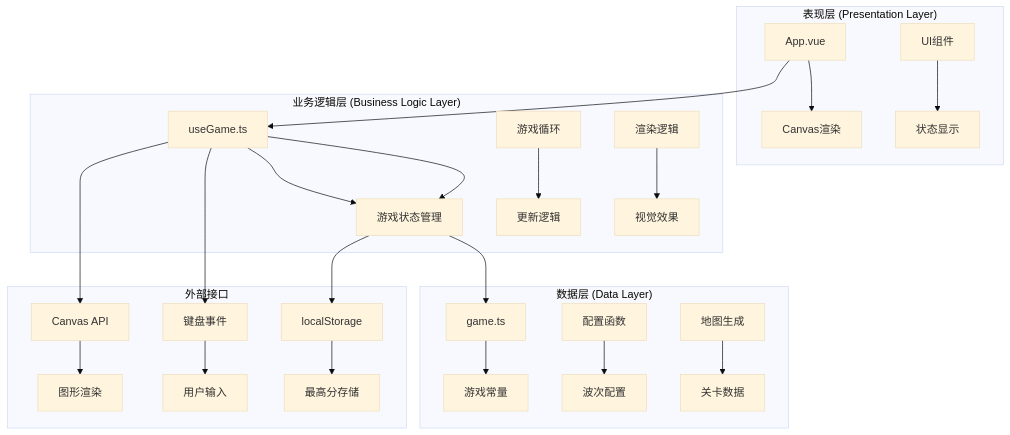
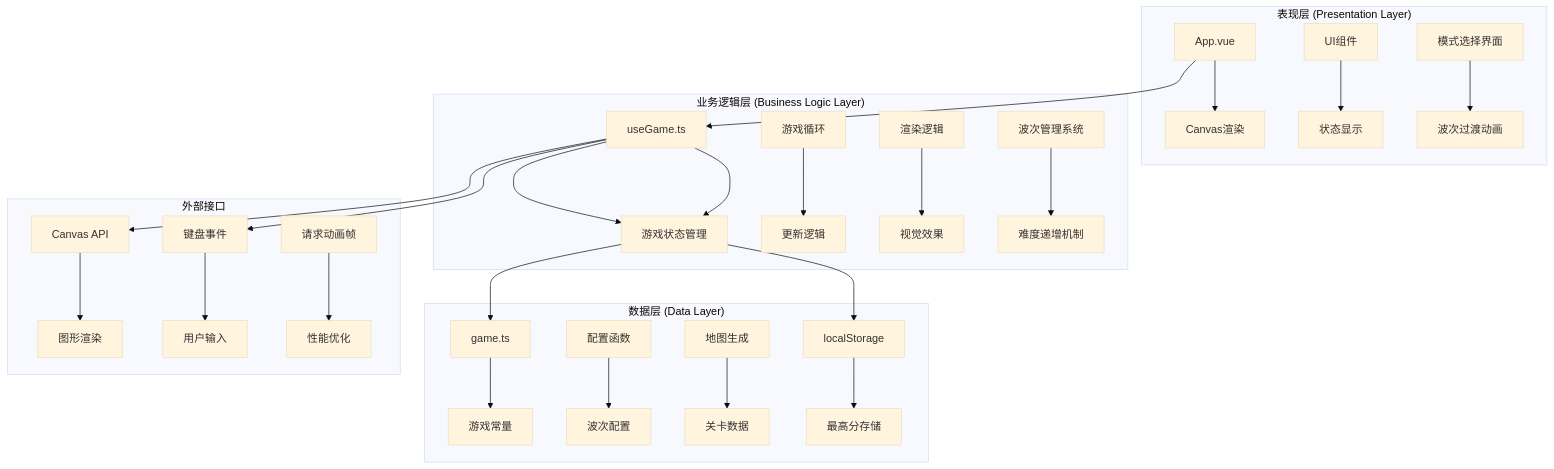
One commit to mrancc/reimagined-journey changed the third of 8 diagrams in .qoder/repowiki/zh/content/游戏机制/游戏模式系统.md. Above: the diagram before and after it, drawn with Mermaid (base theme). The commit also changed other lines of this file and 11 other files, not shown here.

````diff
--- a/.qoder/repowiki/zh/content/游戏机制/游戏模式系统.md
+++ b/.qoder/repowiki/zh/content/游戏机制/游戏模式系统.md
@@ -152,28 +156,31 @@
 ```mermaid
 graph TB
 subgraph "表现层 (Presentation Layer)"
 A[App.vue] --> B[Canvas渲染]
 C[UI组件] --> D[状态显示]
+E[模式选择界面] --> F[波次过渡动画]
 end
 subgraph "业务逻辑层 (Business Logic Layer)"
-E[useGame.ts] --> F[游戏状态管理]
-G[游戏循环] --> H[更新逻辑]
-I[渲染逻辑] --> J[视觉效果]
+G[useGame.ts] --> H[游戏状态管理]
+I[游戏循环] --> J[更新逻辑]
+K[渲染逻辑] --> L[视觉效果]
+M[波次管理系统] --> N[难度递增机制]
 end
 subgraph "数据层 (Data Layer)"
-K[game.ts] --> L[游戏常量]
-M[配置函数] --> N[波次配置]
-O[地图生成] --> P[关卡数据]
+O[game.ts] --> P[游戏常量]
+Q[配置函数] --> R[波次配置]
+S[地图生成] --> T[关卡数据]
+U[localStorage] --> V[最高分存储]
 end
 subgraph "外部接口"
-Q[localStorage] --> R[最高分存储]
-S[键盘事件] --> T[用户输入]
-U[Canvas API] --> V[图形渲染]
+W[Canvas API] --> X[图形渲染]
+Y[键盘事件] --> Z[用户输入]
+AA[请求动画帧] --> BB[性能优化]
 end
-A --> E
-E --> F
-F --> K
-F --> Q
-E --> S
-E --> U
+A --> G
+G --> H
+H --> O
+H --> U
+G --> Y
+G --> W
 ```
````
